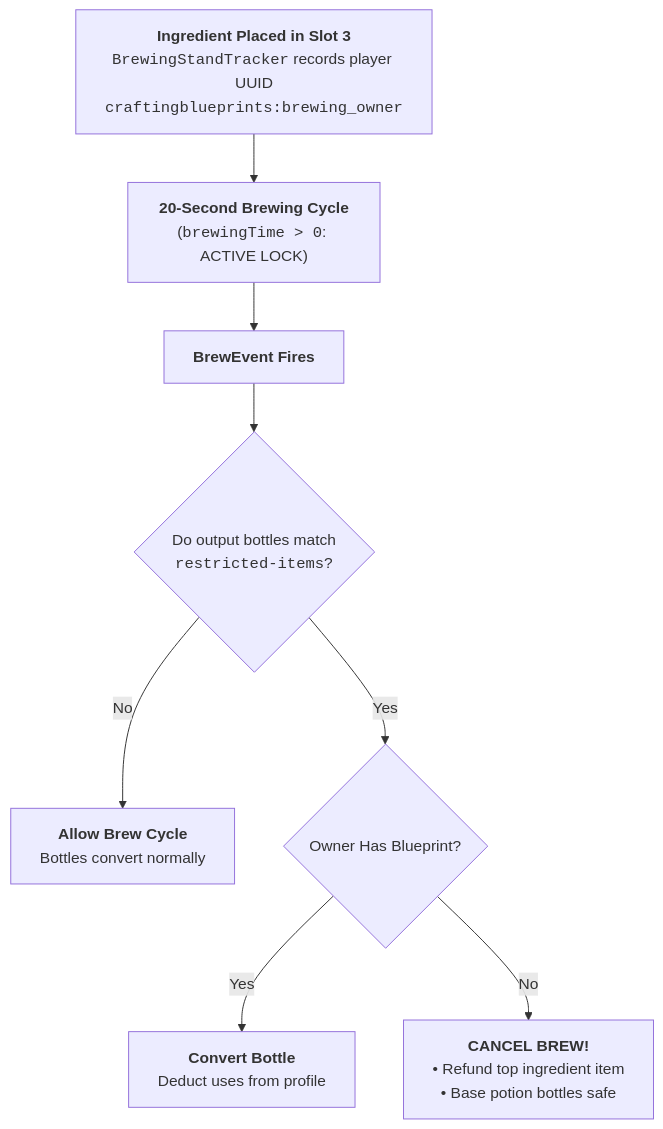
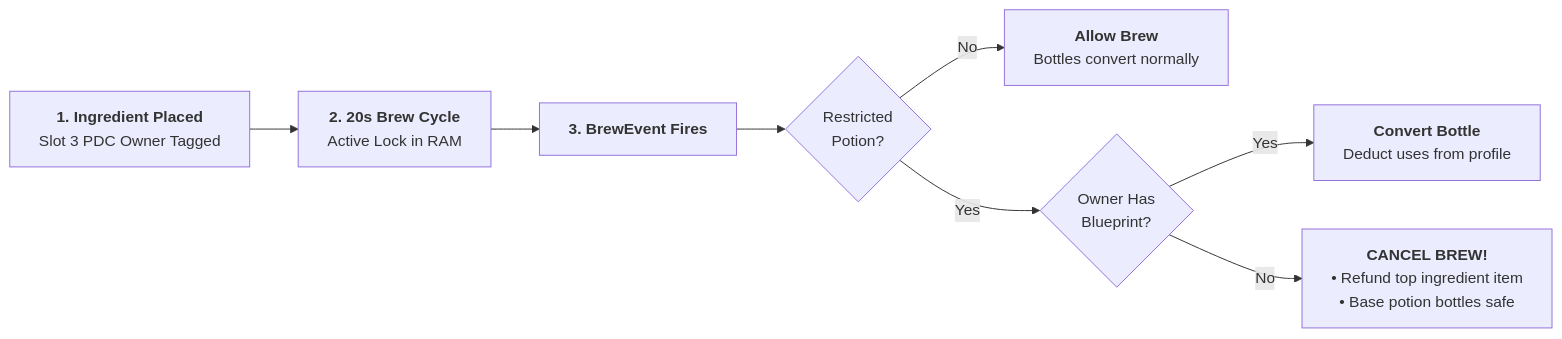
The diagram in docs/mechanics/brewing-stand.md (XZtotal/CraftingBlueprints-Wiki), drawn with Mermaid before and after one commit. The commit also changed 21 other files, not shown here.

Commit message:
style(docs): widen all remaining vertical diagrams to horizontal pipelines and guarantee shadow-DOM centering

````diff
--- a/docs/mechanics/brewing-stand.md
+++ b/docs/mechanics/brewing-stand.md
@@ -15,17 +15,8 @@
 ```mermaid
-flowchart TD
-    Ing["<b>Ingredient Placed in Slot 3</b><br/><code>BrewingStandTracker</code> records player UUID<br/><code>craftingblueprints:brewing_owner</code>"]
-    Cycle["<b>20-Second Brewing Cycle</b><br/>(<code>brewingTime &gt; 0</code>: ACTIVE LOCK)"]
-    Event["<b>BrewEvent Fires</b>"]
-    Check{"Do output bottles match<br/><code>restricted-items</code>?"}
-    Allow["<b>Allow Brew Cycle</b><br/>Bottles convert normally"]
-    OwnerCheck{"Owner Has Blueprint?"}
-    Convert["<b>Convert Bottle</b><br/>Deduct uses from profile"]
-    Cancel["<b>CANCEL BREW!</b><br/>• Refund top ingredient item<br/>• Base potion bottles safe"]
-
-    Ing --> Cycle --> Event --> Check
-    Check -->|No| Allow
-    Check -->|Yes| OwnerCheck
-    OwnerCheck -->|Yes| Convert
-    OwnerCheck -->|No| Cancel
+flowchart LR
+    Ing["<b>1. Ingredient Placed</b><br/>Slot 3 PDC Owner Tagged"] --> Cycle["<b>2. 20s Brew Cycle</b><br/>Active Lock in RAM"] --> Event["<b>3. BrewEvent Fires</b>"] --> Check{"Restricted<br/>Potion?"}
+    Check -->|No| Allow["<b>Allow Brew</b><br/>Bottles convert normally"]
+    Check -->|Yes| OwnerCheck{"Owner Has<br/>Blueprint?"}
+    OwnerCheck -->|Yes| Convert["<b>Convert Bottle</b><br/>Deduct uses from profile"]
+    OwnerCheck -->|No| Cancel["<b>CANCEL BREW!</b><br/>• Refund top ingredient item<br/>• Base potion bottles safe"]
 ```
````
